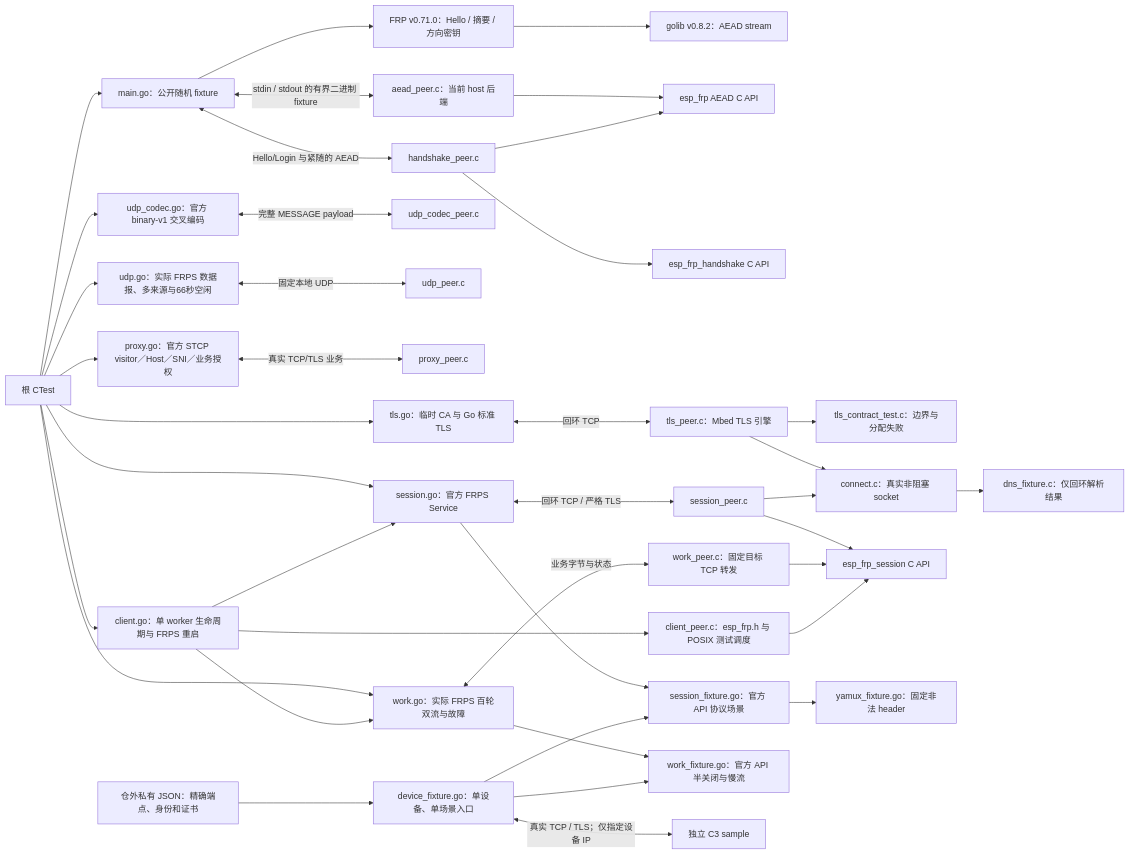
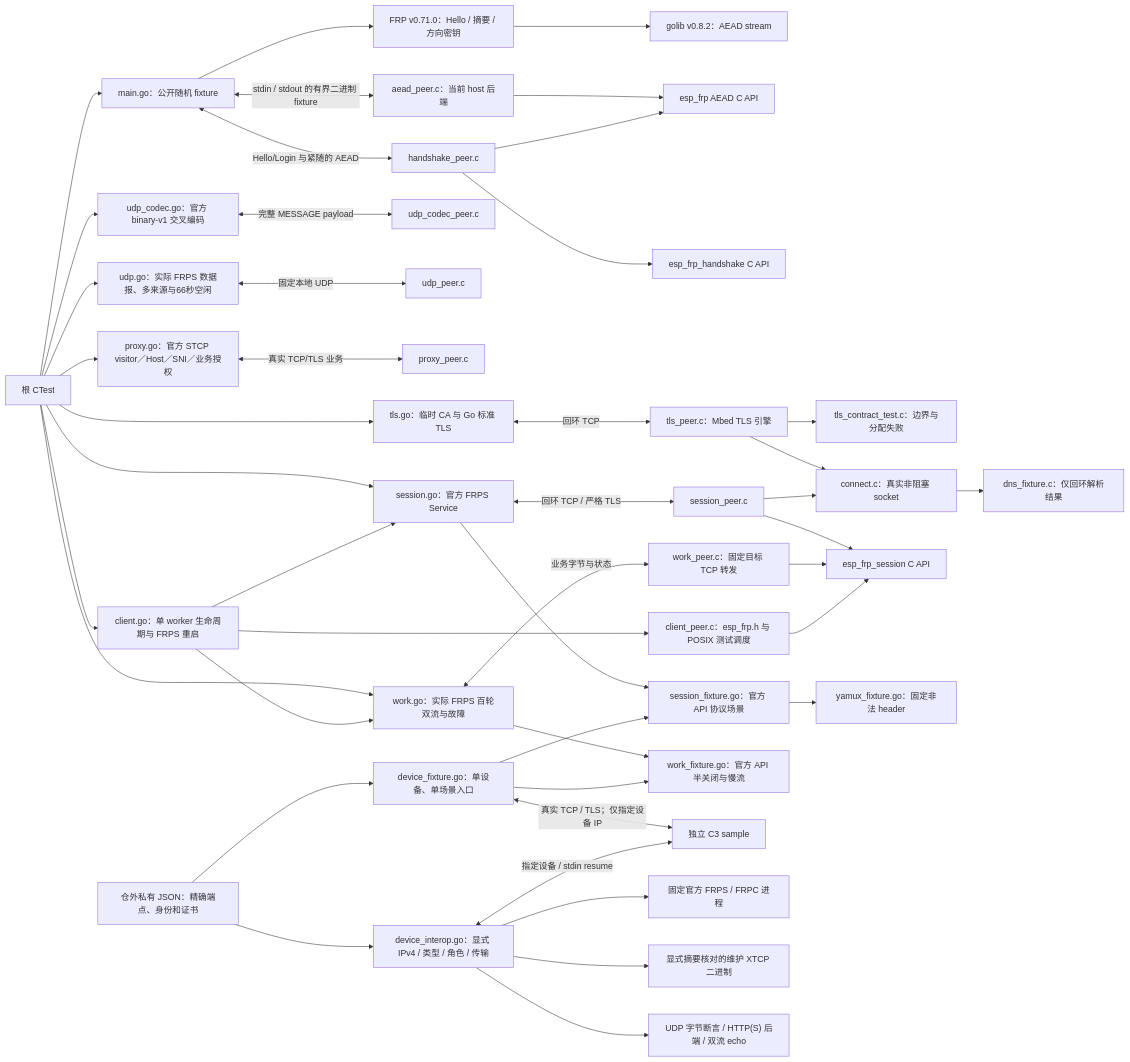
One commit to darren-you/esp-frp changed the diagram in tests/crypto-interop/README.md. Above: the diagram before and after it, drawn with Mermaid. The commit also changed other lines of this file and 24 other files, not shown here.

````diff
--- a/tests/crypto-interop/README.md
+++ b/tests/crypto-interop/README.md
@@ -5,41 +5,46 @@
 ```mermaid
 flowchart LR
     root["根 CTest"] --> go["main.go：公开随机 fixture"]
     go --> frp["FRP v0.71.0：Hello / 摘要 / 方向密钥"]
     frp --> lib["golib v0.8.2：AEAD stream"]
     go <-->|"stdin / stdout 的有界二进制 fixture"| peer["aead_peer.c：当前 host 后端"]
     peer --> core["esp_frp AEAD C API"]
     go <-->|"Hello/Login 与紧随的 AEAD"| handshake["handshake_peer.c"]
     handshake --> session["esp_frp_handshake C API"]
     handshake --> core
     root --> udp_codec["udp_codec.go：官方 binary-v1 交叉编码"]
     udp_codec <-->|"完整 MESSAGE payload"| udp_codec_peer["udp_codec_peer.c"]
     root --> udp["udp.go：实际 FRPS 数据报、多来源与66秒空闲"]
     udp <-->|"固定本地 UDP"| udp_peer["udp_peer.c"]
     root --> proxy["proxy.go：官方 STCP visitor／Host／SNI／业务授权"]
     proxy <-->|"真实 TCP/TLS 业务"| proxy_peer["proxy_peer.c"]
     root --> tls["tls.go：临时 CA 与 Go 标准 TLS"]
     tls <-->|"回环 TCP"| tp["tls_peer.c：Mbed TLS 引擎"]
     tp --> tc["tls_contract_test.c：边界与分配失败"]
     tp --> socket["connect.c：真实非阻塞 socket"]
     socket --> fixture["dns_fixture.c：仅回环解析结果"]
     root --> control["session.go：官方 FRPS Service"]
     control <-->|"回环 TCP / 严格 TLS"| sp["session_peer.c"]
     sp --> composed["esp_frp_session C API"]
     sp --> socket
     control --> faults["session_fixture.go：官方 API 协议场景"]
     root --> work["work.go：实际 FRPS 百轮双流与故障"]
     work <-->|"业务字节与状态"| wp["work_peer.c：固定目标 TCP 转发"]
     wp --> composed
     root --> client["client.go：单 worker 生命周期与 FRPS 重启"]
     client --> worker["client_peer.c：esp_frp.h 与 POSIX 测试调度"]
     worker --> composed
     client --> control
     client --> work
     work --> wf["work_fixture.go：官方 API 半关闭与慢流"]
     private["仓外私有 JSON：精确端点、身份和证书"] --> device["device_fixture.go：单设备、单场景入口"]
     device --> faults
     device --> wf
     faults --> malformed["yamux_fixture.go：固定非法 header"]
     device <-->|"真实 TCP / TLS；仅指定设备 IP"| c3["独立 C3 sample"]
+    private --> device_interop["device_interop.go：显式 IPv4 / 类型 / 角色 / 传输"]
+    device_interop --> official_process["固定官方 FRPS / FRPC 进程"]
+    device_interop --> maintained_process["显式摘要核对的维护 XTCP 二进制"]
+    device_interop --> backend["UDP 字节断言 / HTTP(S) 后端 / 双流 echo"]
+    device_interop <-->|"指定设备 / stdin resume"| c3
 ```
````
